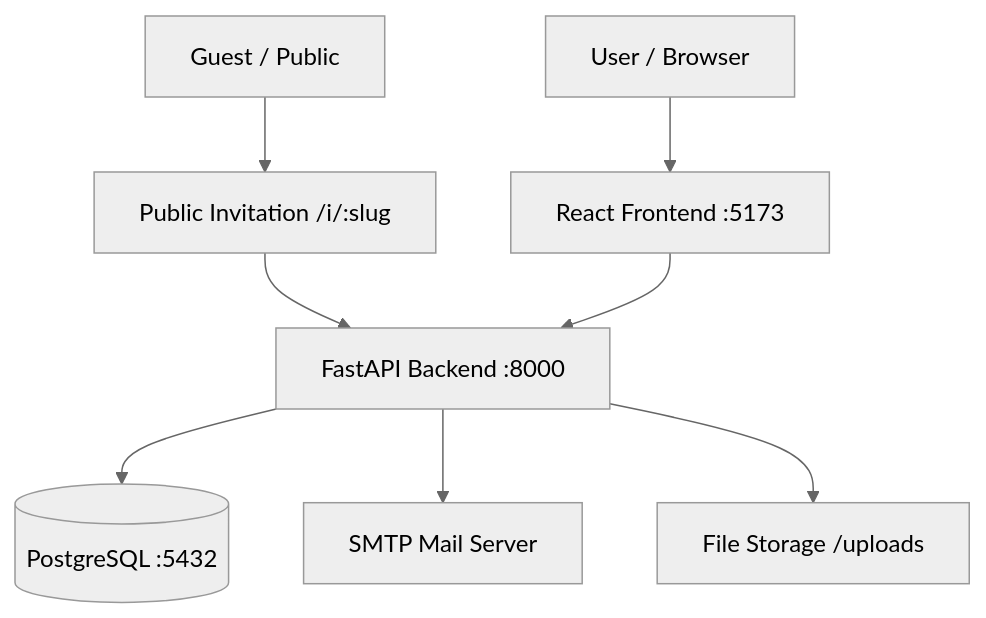
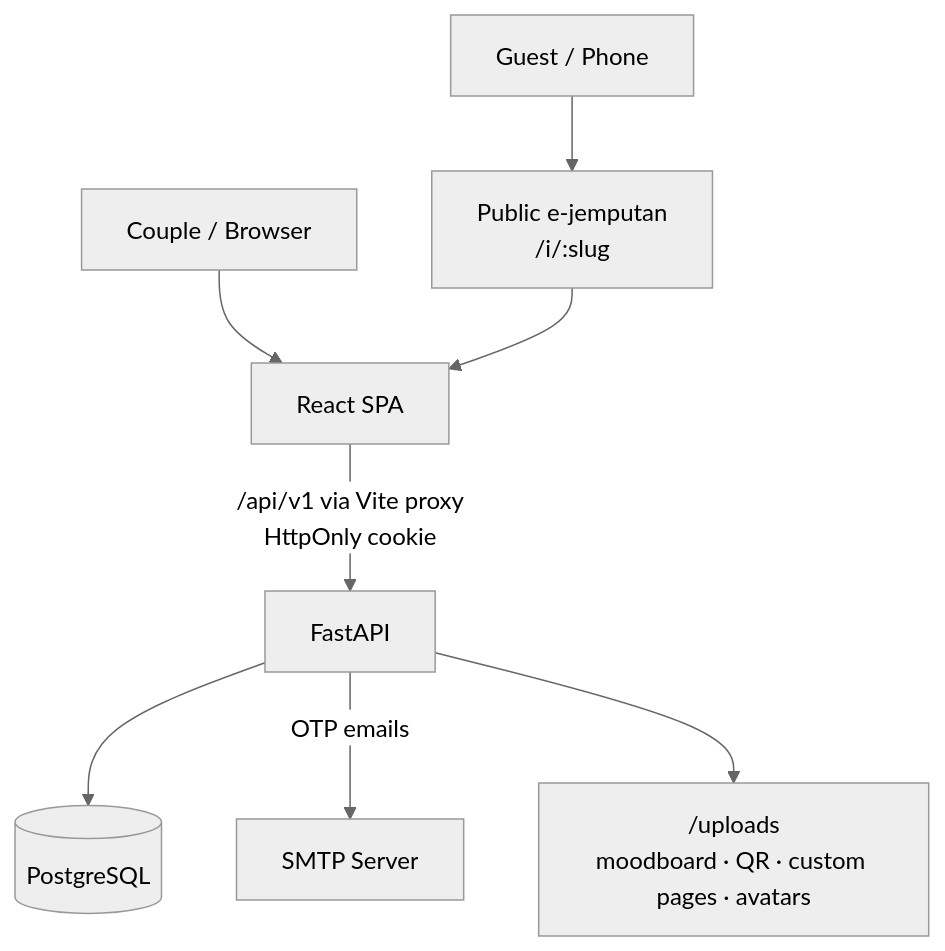
One commit to snsyaqirah/snsyaqirah.github.io changed the second of 17 diagrams in portfolio-react/public/docs/planluhh.md. Above: the diagram before and after it, drawn with Mermaid (neutral theme). The commit also changed other lines of this file and 101 other files, not shown here.

````diff
--- a/portfolio-react/public/docs/planluhh.md
+++ b/portfolio-react/public/docs/planluhh.md
@@ -111,10 +127,10 @@
 ```mermaid
 graph TD
-    U[User / Browser] --> FE[React Frontend :5173]
-    PG[Guest / Public] --> INV[Public Invitation /i/:slug]
-    INV --> API
-    FE --> API[FastAPI Backend :8000]
-    API --> DB[(PostgreSQL :5432)]
-    API --> SMTP[SMTP Mail Server]
-    API --> FS[File Storage /uploads]
+    U[Couple / Browser] --> FE[React SPA]
+    G[Guest / Phone] --> INV["Public e-jemputan<br/>/i/:slug"]
+    INV --> FE
+    FE -->|"/api/v1 via Vite proxy<br/>HttpOnly cookie"| API[FastAPI]
+    API --> DB[(PostgreSQL)]
+    API -->|OTP emails| SMTP[SMTP Server]
+    API --> FS["/uploads<br/>moodboard · QR · custom pages · avatars"]
 ```
````
